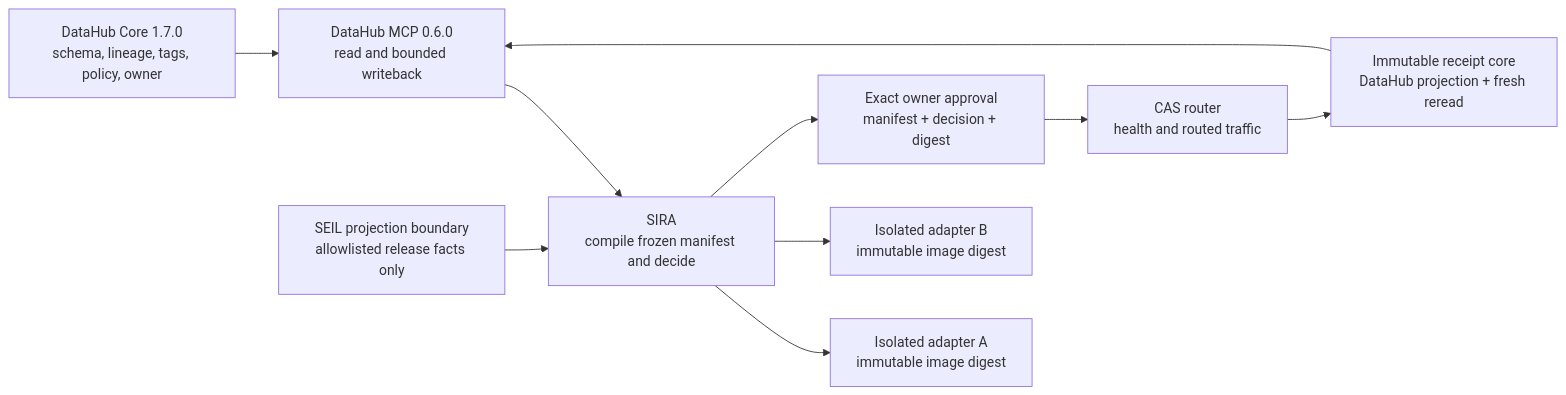
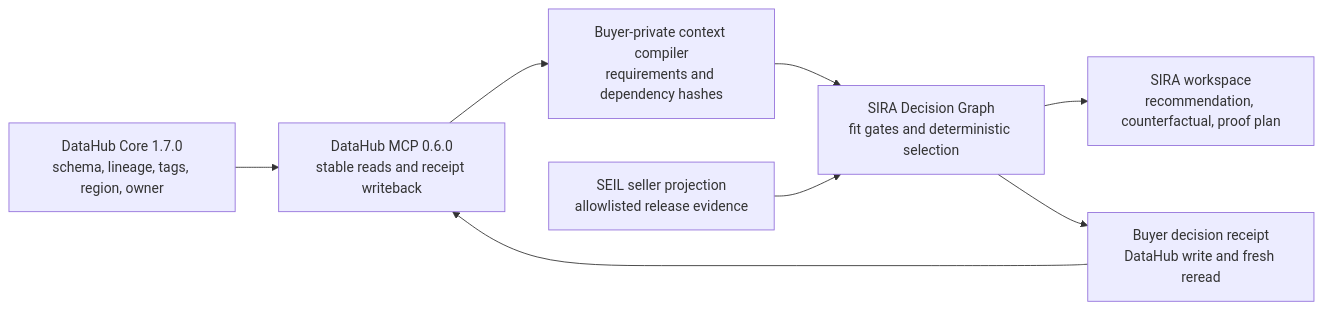
One commit to sandip-pathe/sira-seil-datahub changed the diagram in docs/HACKATHON_RELEASE.md. Above: the diagram before and after it, drawn with Mermaid. The commit also changed other lines of this file and 51 other files, not shown here.

First line of the commit message:
feat: ground software selection in DataHub context

````diff
--- a/docs/HACKATHON_RELEASE.md
+++ b/docs/HACKATHON_RELEASE.md
@@ -5,18 +5,14 @@
 ```mermaid
 flowchart LR
-  DH["DataHub Core 1.7.0\nschema, lineage, tags, policy, owner"]
-  MCP["DataHub MCP 0.6.0\nread and bounded writeback"]
-  SIRA["SIRA\ncompile frozen manifest and decide"]
-  SEIL["SEIL projection boundary\nallowlisted release facts only"]
-  A["Isolated adapter A\nimmutable image digest"]
-  B["Isolated adapter B\nimmutable image digest"]
-  AUTH["Exact owner approval\nmanifest + decision + digest"]
-  ROUTER["CAS router\nhealth and routed traffic"]
-  RECEIPT["Immutable receipt core\nDataHub projection + fresh reread"]
+  DH["DataHub Core 1.7.0\nschema, lineage, tags, region, owner"]
+  MCP["DataHub MCP 0.6.0\nstable reads and receipt writeback"]
+  CONTEXT["Buyer-private context compiler\nrequirements and dependency hashes"]
+  SEIL["SEIL seller projection\nallowlisted release evidence"]
+  GRAPH["SIRA Decision Graph\nfit gates and deterministic selection"]
+  UI["SIRA workspace\nrecommendation, counterfactual, proof plan"]
+  RECEIPT["Buyer decision receipt\nDataHub write and fresh reread"]
 
-  DH --> MCP --> SIRA
-  SEIL --> SIRA
-  SIRA --> A
-  SIRA --> B
-  SIRA --> AUTH --> ROUTER --> RECEIPT --> MCP
+  DH --> MCP --> CONTEXT --> GRAPH --> UI
+  SEIL --> GRAPH
+  GRAPH --> RECEIPT --> MCP
 ```
````
